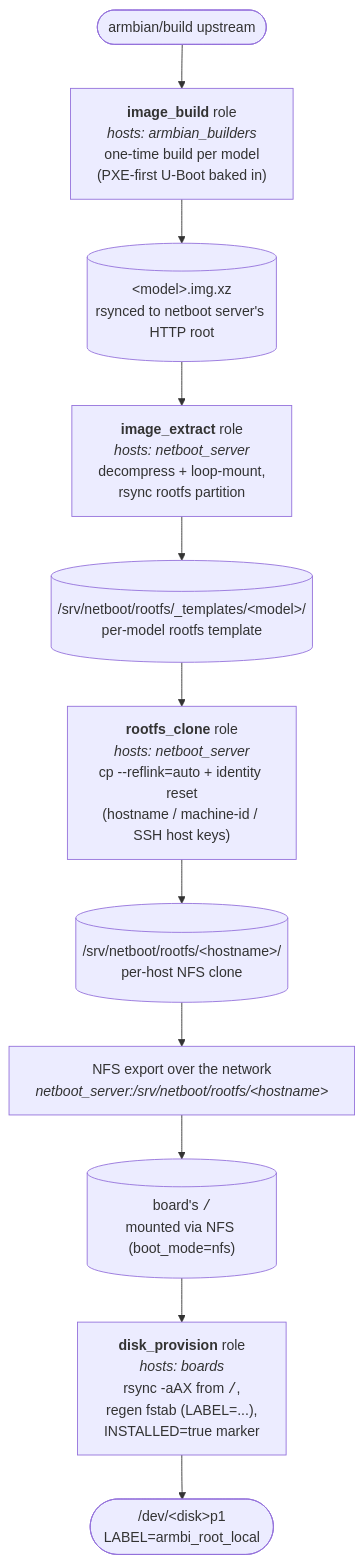
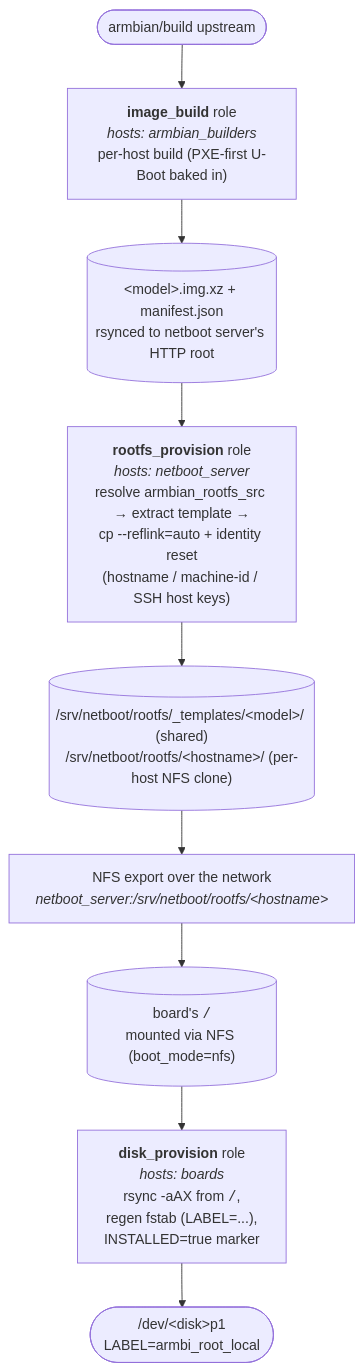
Before and after one commit to david-igou/ansible-collection-armbian: the fourth of 4 diagrams in docs/daily-operations.md, drawn with Mermaid. The commit also changed other lines of this file and 162 other files, not shown here.

First line of the commit message:
Per-host build + rootfs provisioning (breaking refactor) (#109)

````diff
--- a/docs/daily-operations.md
+++ b/docs/daily-operations.md
@@ -116,16 +116,14 @@
 ```mermaid
 flowchart TB
     UPSTREAM(["armbian/build upstream"])
-    IB["<b>image_build</b> role<br/><i>hosts: armbian_builders</i><br/>one-time build per model<br/>(PXE-first U-Boot baked in)"]
-    IB_OUT[("&lt;model&gt;.img.xz<br/>rsynced to netboot server's HTTP root")]
-    IE["<b>image_extract</b> role<br/><i>hosts: netboot_server</i><br/>decompress + loop-mount,<br/>rsync rootfs partition"]
-    IE_OUT[("/srv/netboot/rootfs/_templates/&lt;model&gt;/<br/>per-model rootfs template")]
-    RC["<b>rootfs_clone</b> role<br/><i>hosts: netboot_server</i><br/>cp --reflink=auto + identity reset<br/>(hostname / machine-id / SSH host keys)"]
-    RC_OUT[("/srv/netboot/rootfs/&lt;hostname&gt;/<br/>per-host NFS clone")]
+    IB["<b>image_build</b> role<br/><i>hosts: armbian_builders</i><br/>per-host build (PXE-first U-Boot baked in)"]
+    IB_OUT[("&lt;model&gt;.img.xz + manifest.json<br/>rsynced to netboot server's HTTP root")]
+    RP["<b>rootfs_provision</b> role<br/><i>hosts: netboot_server</i><br/>resolve armbian_rootfs_src → extract template →<br/>cp --reflink=auto + identity reset<br/>(hostname / machine-id / SSH host keys)"]
+    RP_OUT[("/srv/netboot/rootfs/_templates/&lt;model&gt;/ (shared)<br/>/srv/netboot/rootfs/&lt;hostname&gt;/ (per-host NFS clone)")]
     NFSEXP["NFS export over the network<br/><i>netboot_server:/srv/netboot/rootfs/&lt;hostname&gt;</i>"]
     BOARD_ROOT[("board's <code>/</code><br/>mounted via NFS (boot_mode=nfs)")]
     DP["<b>disk_provision</b> role<br/><i>hosts: boards</i><br/>rsync -aAX from <code>/</code>,<br/>regen fstab (LABEL=...),<br/>INSTALLED=true marker"]
     DP_OUT(["/dev/&lt;disk&gt;p1<br/>LABEL=armbi_root_local"])
 
-    UPSTREAM --> IB --> IB_OUT --> IE --> IE_OUT --> RC --> RC_OUT --> NFSEXP --> BOARD_ROOT --> DP --> DP_OUT
+    UPSTREAM --> IB --> IB_OUT --> RP --> RP_OUT --> NFSEXP --> BOARD_ROOT --> DP --> DP_OUT
 ```
````
